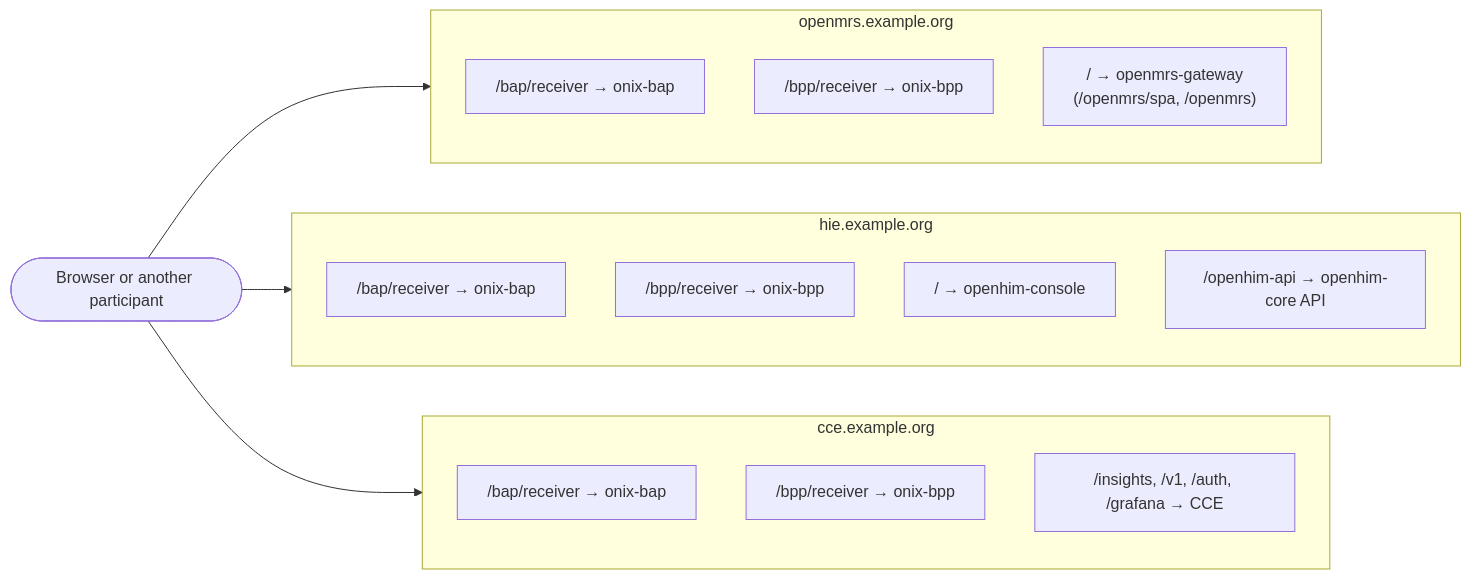
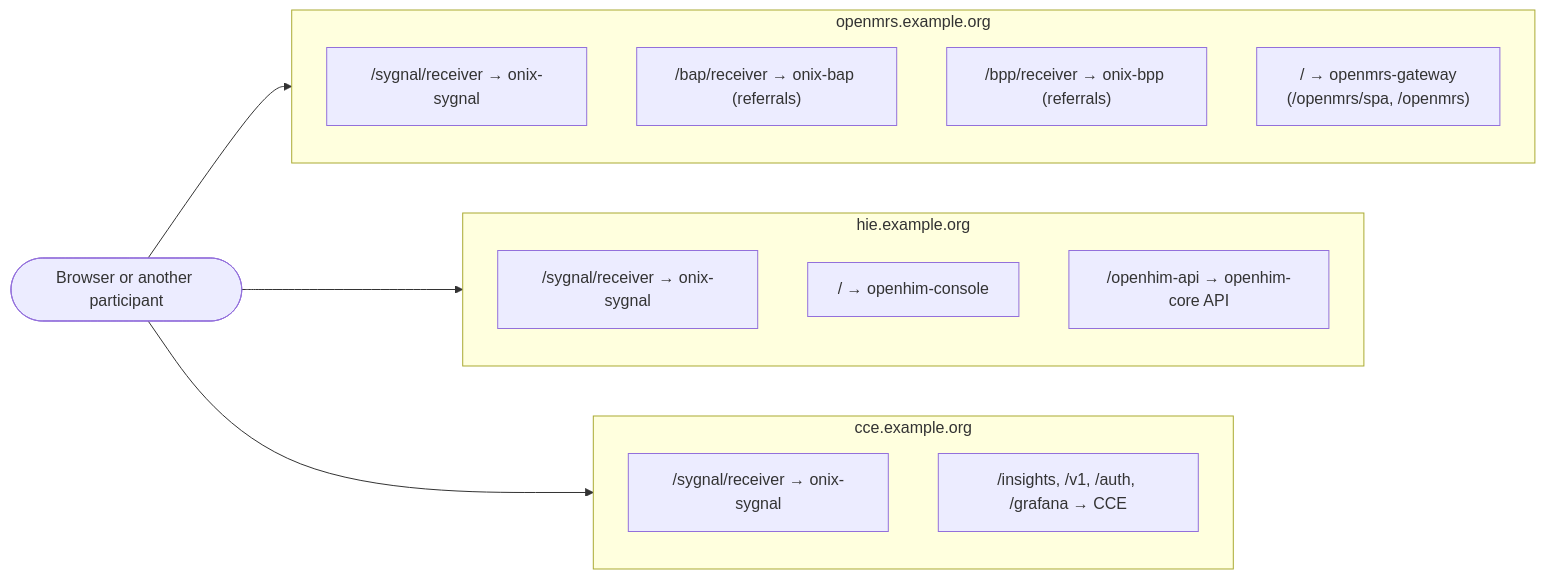
The third of 7 diagrams in one-click-installer/docs/beckn-demo-setup.md (openphc/deploy-scripts), drawn with Mermaid before and after one commit. The commit also changed other lines of this file and 60 other files, not shown here.

````diff
--- a/one-click-installer/docs/beckn-demo-setup.md
+++ b/one-click-installer/docs/beckn-demo-setup.md
@@ -160,25 +164,24 @@
 ```mermaid
 flowchart LR
     C(["Browser or another participant"])
 
     subgraph H1["openmrs.example.org"]
-        A1["/bap/receiver → onix-bap"]
-        A2["/bpp/receiver → onix-bpp"]
+        A0["/sygnal/receiver → onix-sygnal"]
+        A1["/bap/receiver → onix-bap (referrals)"]
+        A2["/bpp/receiver → onix-bpp (referrals)"]
         A3["/ → openmrs-gateway<br/>(/openmrs/spa, /openmrs)"]
     end
     subgraph H2["hie.example.org"]
-        B1["/bap/receiver → onix-bap"]
-        B2["/bpp/receiver → onix-bpp"]
+        B1["/sygnal/receiver → onix-sygnal"]
         B3["/ → openhim-console"]
         B4["/openhim-api → openhim-core API"]
     end
     subgraph H3["cce.example.org"]
-        D1["/bap/receiver → onix-bap"]
-        D2["/bpp/receiver → onix-bpp"]
+        D1["/sygnal/receiver → onix-sygnal"]
         D3["/insights, /v1, /auth, /grafana → CCE"]
     end
 
     C --> H1
     C --> H2
     C --> H3
 ```
````
